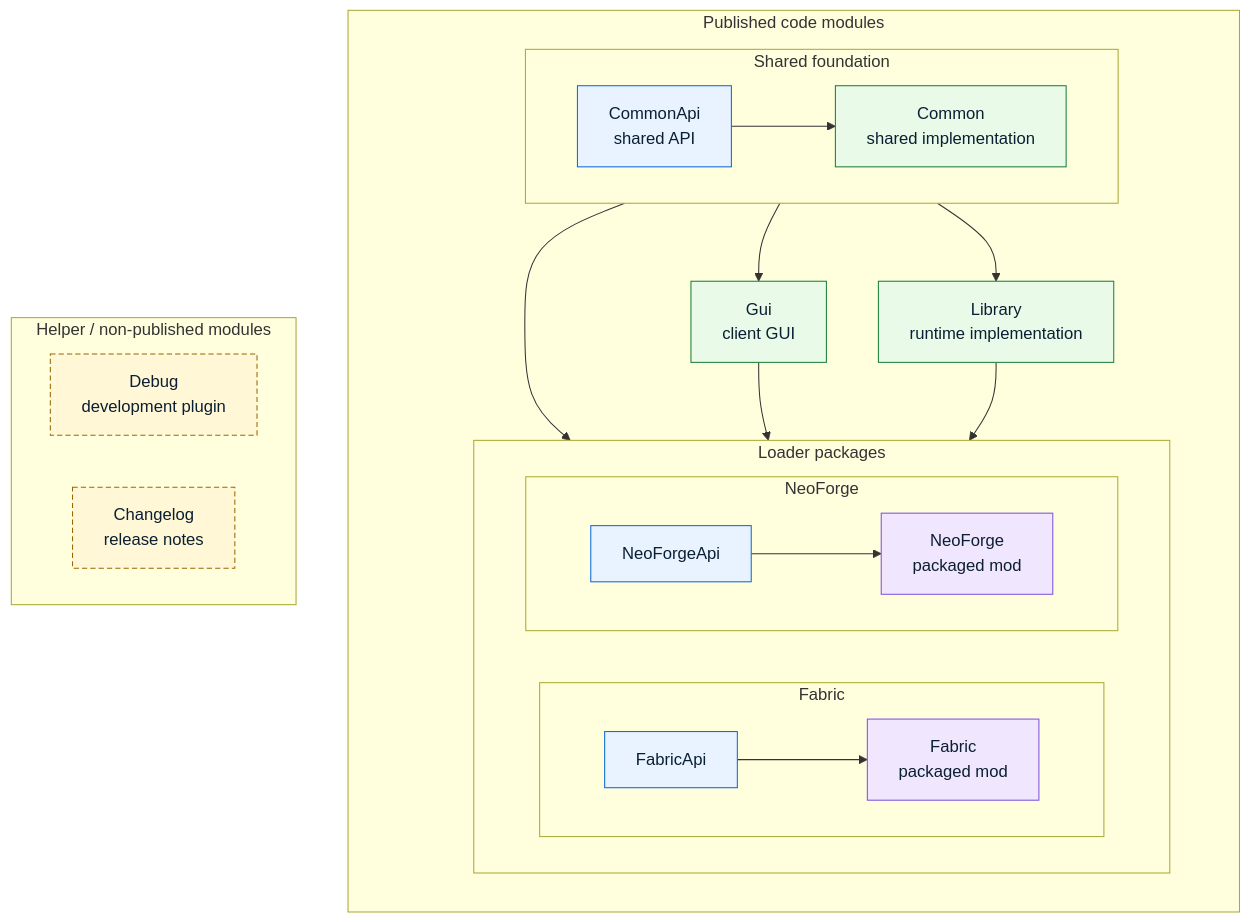
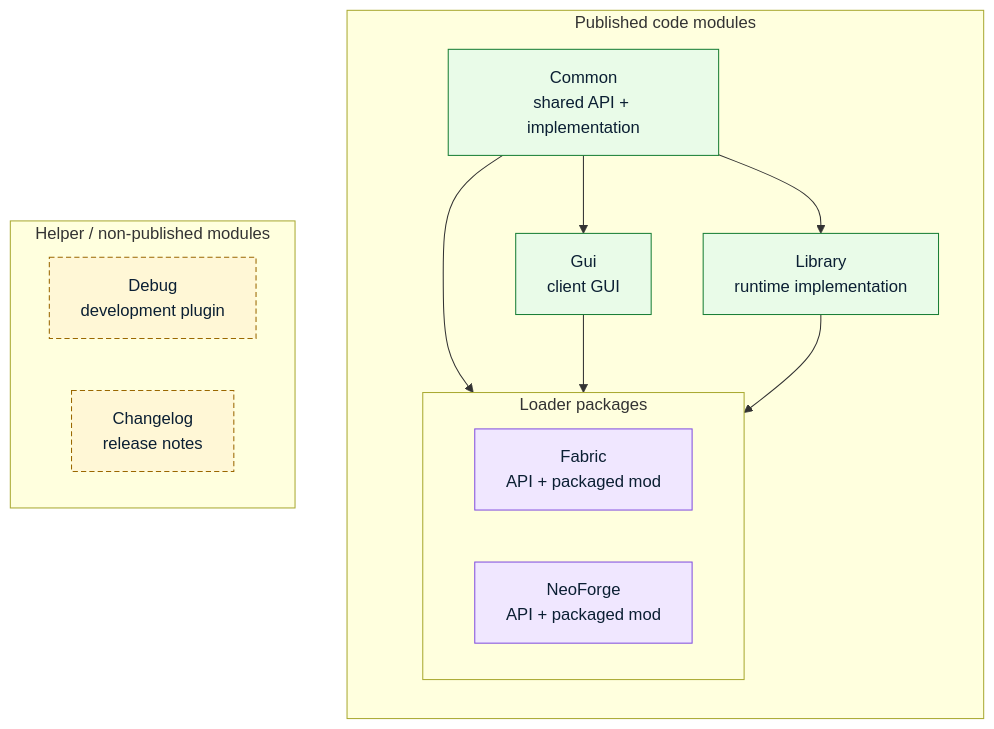
Before and after one commit to mezz/JustEnoughItems: the diagram in CONTRIBUTING.md, drawn with Mermaid. The commit also changed other lines of this file and 208 other files, not shown here.

````diff
--- a/CONTRIBUTING.md
+++ b/CONTRIBUTING.md
@@ -55,56 +55,38 @@
 ```mermaid
 flowchart TB
     subgraph published["Published code modules"]
         direction TB
 
-        subgraph shared["Shared foundation"]
-            direction LR
-            CommonApi["CommonApi<br/>shared API"]
-            Common["Common<br/>shared implementation"]
-            CommonApi --> Common
-        end
+        Common["Common<br/>shared API + implementation"]
 
         Gui["Gui<br/>client GUI"]
         Library["Library<br/>runtime implementation"]
 
         subgraph loaders["Loader packages"]
             direction LR
 
-            subgraph fabricStack["Fabric"]
-                direction LR
-                FabricApi["FabricApi"]
-                Fabric["Fabric<br/>packaged mod"]
-                FabricApi --> Fabric
-            end
-
-            subgraph neoForgeStack["NeoForge"]
-                direction LR
-                NeoForgeApi["NeoForgeApi"]
-                NeoForge["NeoForge<br/>packaged mod"]
-                NeoForgeApi --> NeoForge
-            end
+            Fabric["Fabric<br/>API + packaged mod"]
+            NeoForge["NeoForge<br/>API + packaged mod"]
         end
     end
 
     subgraph helpers["Helper / non-published modules"]
         direction LR
         Debug["Debug<br/>development plugin"]
         Changelog["Changelog<br/>release notes"]
     end
 
-    shared --> Gui
-    shared --> Library
-    shared --> loaders
+    Common --> Gui
+    Common --> Library
+    Common --> loaders
     Gui --> loaders
     Library --> loaders
 
-    classDef api fill:#e8f3ff,stroke:#0969da,color:#0b1f33
     classDef code fill:#e9fbe8,stroke:#1a7f37,color:#0b1f33
     classDef package fill:#f0e7ff,stroke:#8250df,color:#0b1f33
     classDef helper fill:#fff7d6,stroke:#9a6700,stroke-dasharray: 5 3,color:#0b1f33
 
-    class CommonApi,FabricApi,NeoForgeApi api
     class Common,Gui,Library code
     class Fabric,NeoForge package
     class Debug,Changelog helper
 ```
````
